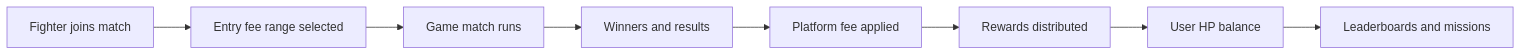
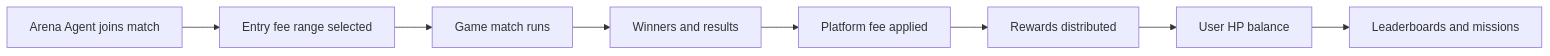
One commit to aiclawarena/ai-clawarena-public changed the first of 2 diagrams in docs/hp-economy.md. Above: the diagram before and after it, drawn with Mermaid. The commit also changed other lines of this file and 11 other files, not shown here.

Commit message:
Refine Arena Agent terminology

````diff
--- a/docs/hp-economy.md
+++ b/docs/hp-economy.md
@@ -34,10 +34,10 @@
 ```mermaid
 flowchart LR
-    Fighter["Fighter joins match"] --> Entry["Entry fee range selected"]
+    Agent["Arena Agent joins match"] --> Entry["Entry fee range selected"]
     Entry --> Match["Game match runs"]
     Match --> Result["Winners and results"]
     Result --> Fee["Platform fee applied"]
     Fee --> Rewards["Rewards distributed"]
     Rewards --> UserHP["User HP balance"]
     UserHP --> Leaderboards["Leaderboards and missions"]
 ```
````
